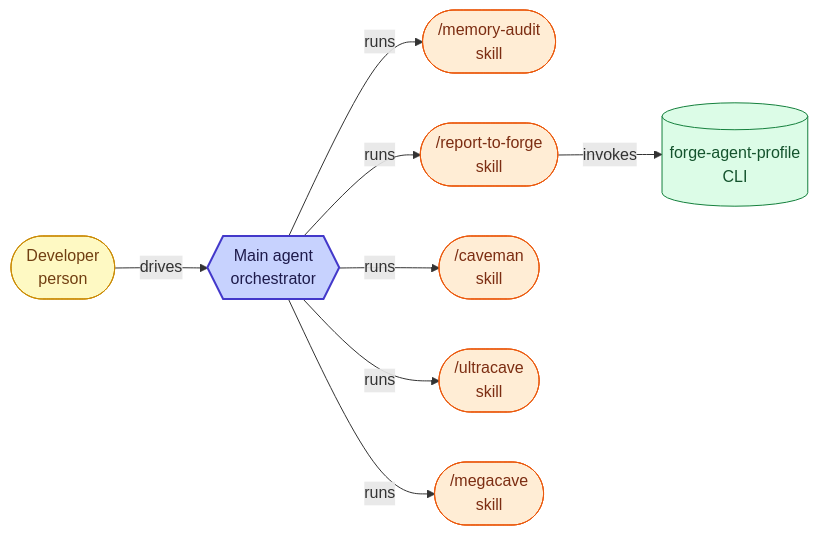
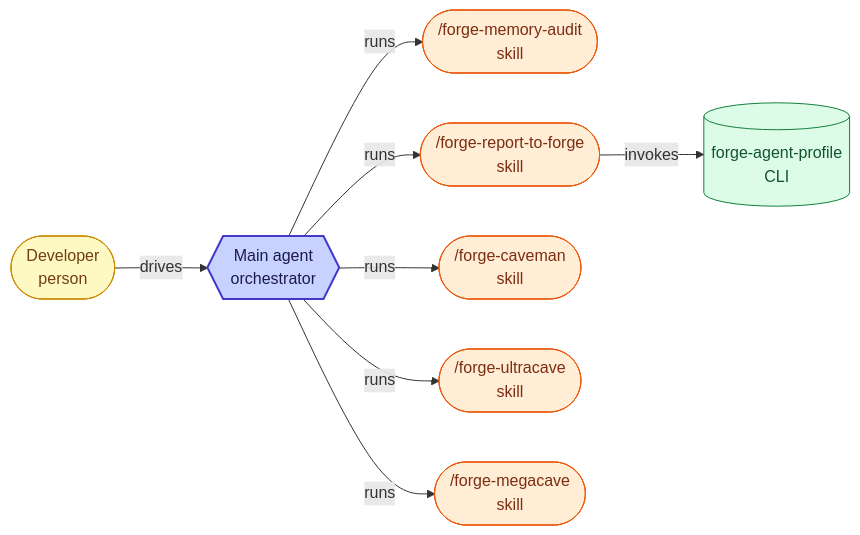
Before and after one commit to misnaej/forge: the seventh of 7 diagrams in docs/agent-architecture.md, drawn with Mermaid. The commit also changed other lines of this file and 187 other files, not shown here.

````diff
--- a/docs/agent-architecture.md
+++ b/docs/agent-architecture.md
@@ -414,35 +411,35 @@
 ```mermaid
 graph LR
   classDef person fill:#fef9c3,stroke:#ca8a04,color:#713f12
   classDef agent fill:#ede9fe,stroke:#7c3aed,color:#4c1d95
   classDef skill fill:#ffedd5,stroke:#ea580c,color:#7c2d12
   classDef hook fill:#fee2e2,stroke:#dc2626,color:#7f1d1d
   classDef cli fill:#dcfce7,stroke:#15803d,color:#14532d
   classDef policy fill:#f1f5f9,stroke:#64748b,color:#334155
   classDef orchestrator fill:#c7d2fe,stroke:#4338ca,color:#1e1b4b,stroke-width:2px
   classDef reporter stroke-dasharray:5 3
   classDef mutator stroke-width:3px
   human(["Developer<br/>person"])
   main_agent{{"Main agent<br/>orchestrator"}}
   human -->|drives| main_agent
-  sk_memory_audit(["/memory-audit<br/>skill"])
+  sk_memory_audit(["/forge-memory-audit<br/>skill"])
   main_agent -->|runs| sk_memory_audit
-  sk_report_to_forge(["/report-to-forge<br/>skill"])
+  sk_report_to_forge(["/forge-report-to-forge<br/>skill"])
   cli_forge_agent_profile[("forge-agent-profile<br/>CLI")]
-  sk_caveman(["/caveman<br/>skill"])
-  sk_ultracave(["/ultracave<br/>skill"])
-  sk_megacave(["/megacave<br/>skill"])
+  sk_caveman(["/forge-caveman<br/>skill"])
+  sk_ultracave(["/forge-ultracave<br/>skill"])
+  sk_megacave(["/forge-megacave<br/>skill"])
   main_agent -->|runs| sk_report_to_forge
   main_agent -->|runs| sk_caveman
   main_agent -->|runs| sk_ultracave
   main_agent -->|runs| sk_megacave
   sk_report_to_forge -->|invokes| cli_forge_agent_profile
   class human person
   class main_agent orchestrator
   class sk_memory_audit skill
   class sk_report_to_forge skill
   class sk_caveman skill
   class sk_ultracave skill
   class sk_megacave skill
   class cli_forge_agent_profile cli
 ```
````
